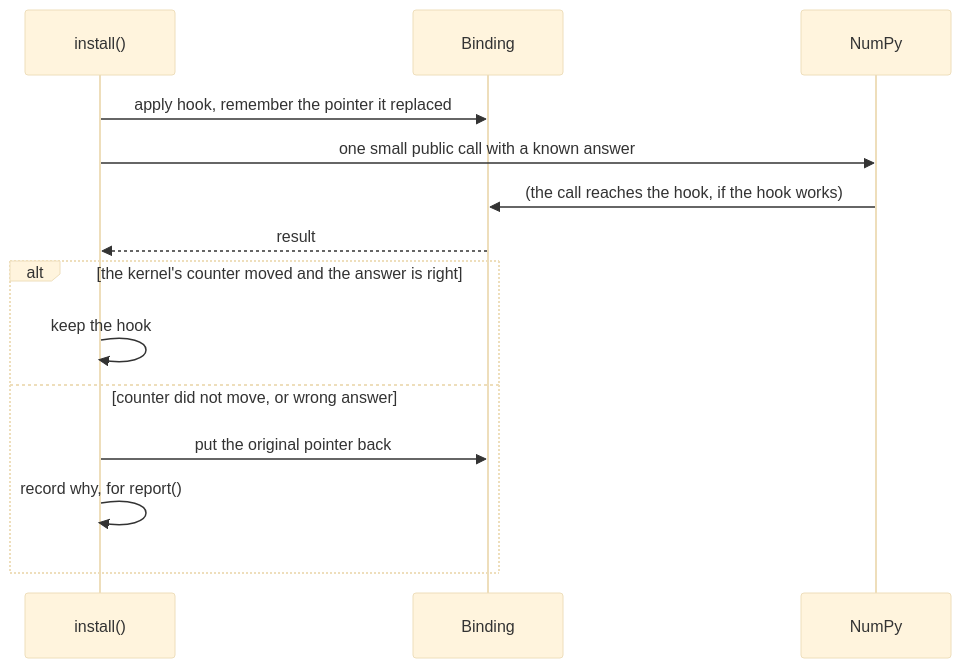
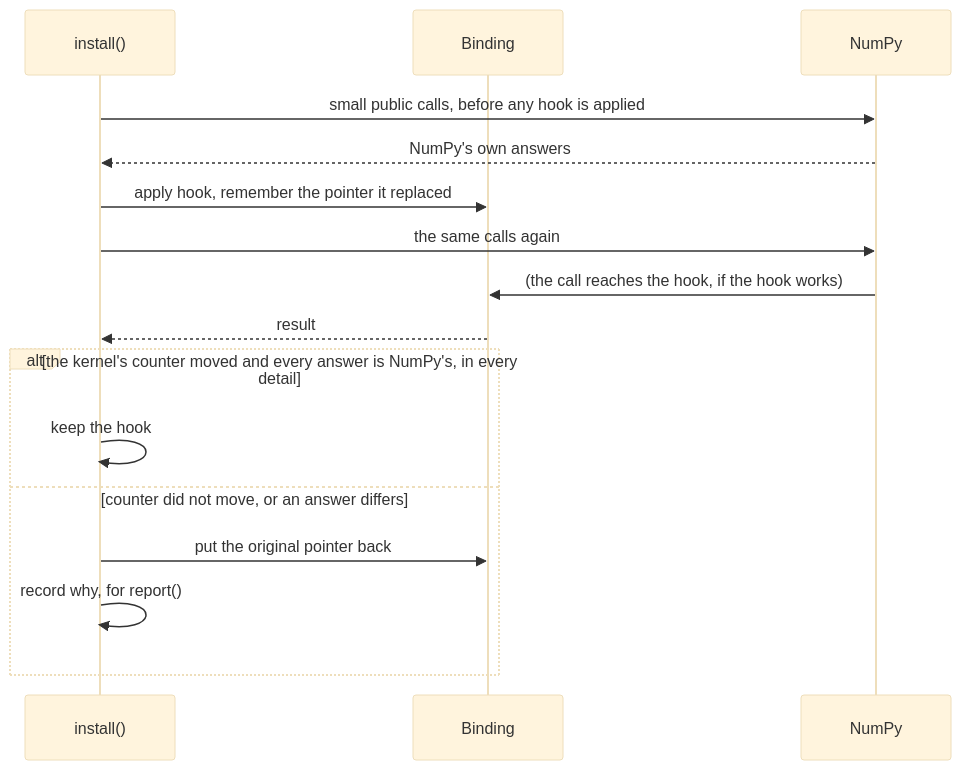
Before and after one commit to sofeikov/hotkernels: the third of 3 diagrams in docsite/pages/report/delivery.md, drawn with Mermaid (base theme). The commit also changed other lines of this file and 6 other files, not shown here.

First line of the commit message:
Self-test at install compares each probe's answer with NumPy's in full

````diff
--- a/docsite/pages/report/delivery.md
+++ b/docsite/pages/report/delivery.md
@@ -192,16 +192,18 @@
 ```mermaid How install() applies one hook. A hook that cannot demonstrate that it works is removed again, and NumPy is left as it was for that operation.
 sequenceDiagram
   participant U as install()
   participant B as Binding
   participant N as NumPy
+  U->>N: small public calls, before any hook is applied
+  N-->>U: NumPy's own answers
   U->>B: apply hook, remember the pointer it replaced
-  U->>N: one small public call with a known answer
+  U->>N: the same calls again
   N->>B: (the call reaches the hook, if the hook works)
   B-->>U: result
-  alt the kernel's counter moved and the answer is right
+  alt the kernel's counter moved and every answer is NumPy's, in every detail
     U->>U: keep the hook
-  else counter did not move, or wrong answer
+  else counter did not move, or an answer differs
     U->>B: put the original pointer back
     U->>U: record why, for report()
   end
 ```
````
